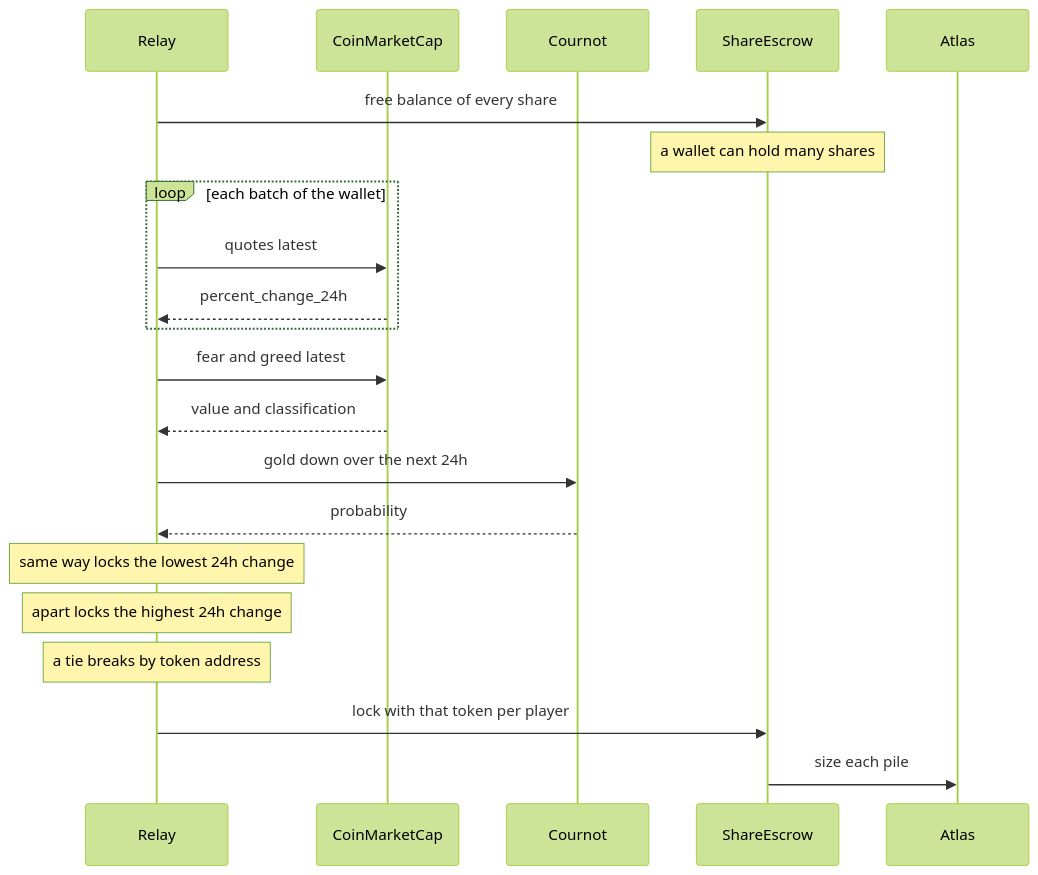
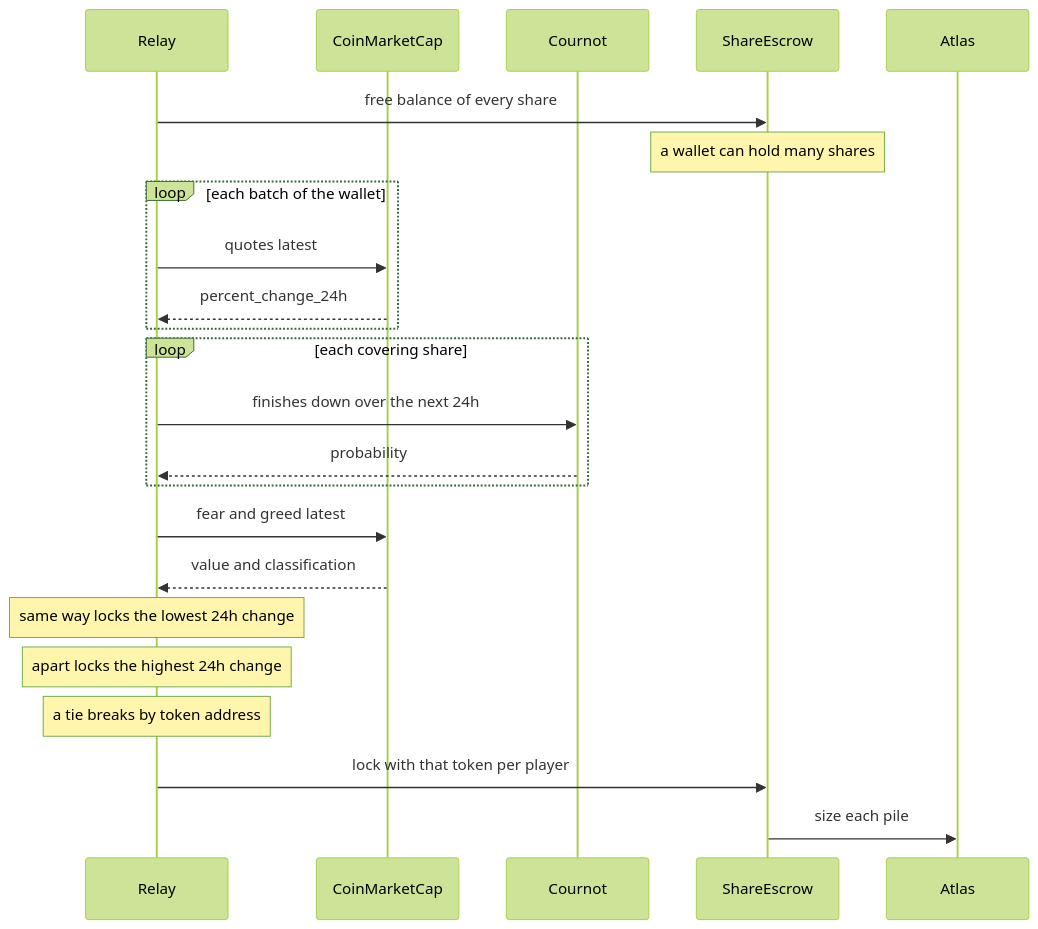
The first of 2 diagrams in README.md (Vib-UX/connect), drawn with Mermaid (forest theme) before and after one commit. The commit also changed other lines of this file and 11 other files, not shown here.

First line of the commit message:
Ask Cournot about each covering share, and show the README clips as GIFs.

````diff
--- a/README.md
+++ b/README.md
@@ -17,24 +17,26 @@
 ```mermaid
 sequenceDiagram
   participant Relay
   participant CMC as CoinMarketCap
   participant Cournot
   participant Escrow as ShareEscrow
   participant Atlas
 
   Relay->>Escrow: free balance of every share
   Note over Escrow: a wallet can hold many shares
   loop each batch of the wallet
     Relay->>CMC: quotes latest
     CMC-->>Relay: percent_change_24h
   end
+  loop each covering share
+    Relay->>Cournot: finishes down over the next 24h
+    Cournot-->>Relay: probability
+  end
   Relay->>CMC: fear and greed latest
   CMC-->>Relay: value and classification
-  Relay->>Cournot: gold down over the next 24h
-  Cournot-->>Relay: probability
   Note over Relay: same way locks the lowest 24h change
   Note over Relay: apart locks the highest 24h change
   Note over Relay: a tie breaks by token address
   Relay->>Escrow: lock with that token per player
   Escrow->>Atlas: size each pile
 ```
````
